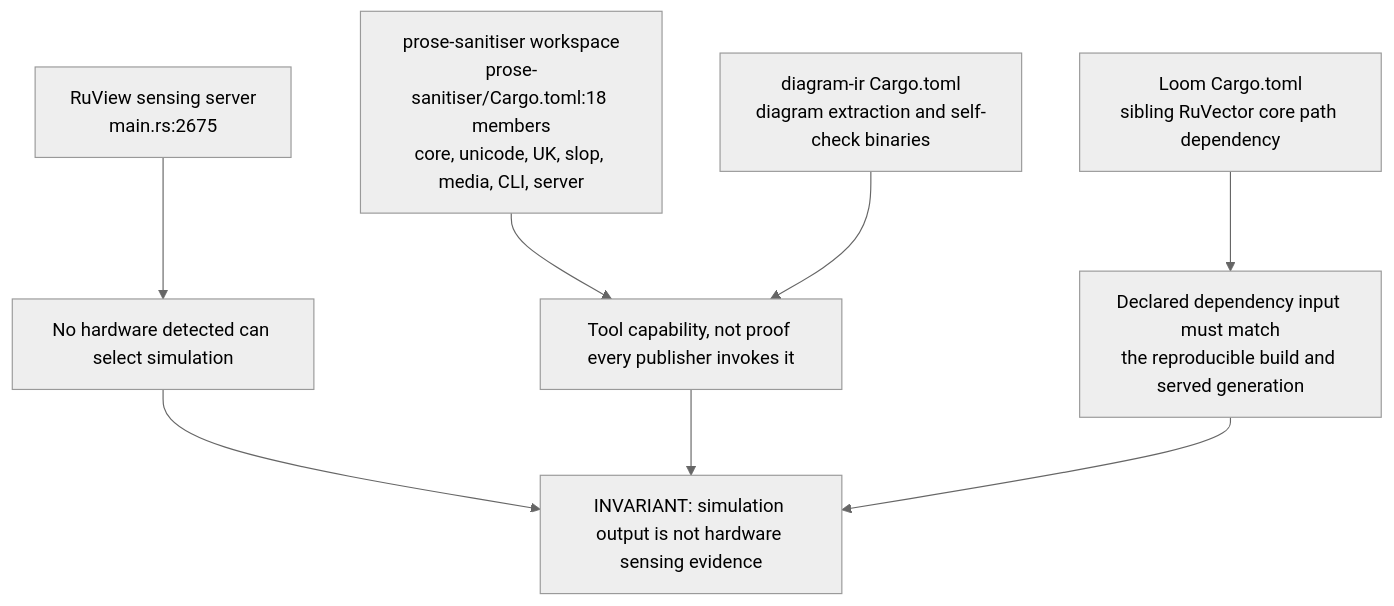
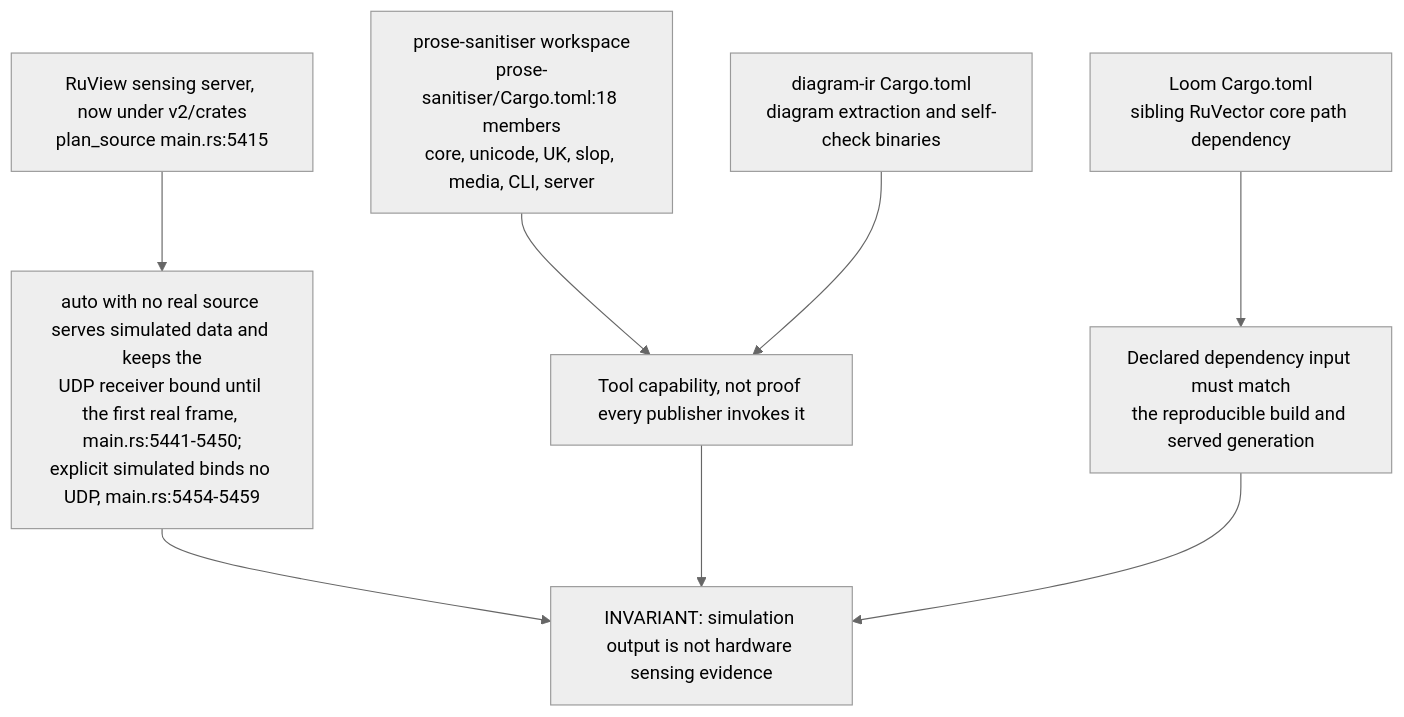
One commit to DreamLab-AI/VisionFlow changed the fourth of 5 diagrams in docs/diagrams/estate/90-evidence-and-supporting-repositories.md. Above: the diagram before and after it, drawn with Mermaid (neutral theme). The commit also changed other lines of this file and 160 other files, not shown here.

````diff
--- a/docs/diagrams/estate/90-evidence-and-supporting-repositories.md
+++ b/docs/diagrams/estate/90-evidence-and-supporting-repositories.md
@@ -91,10 +94,10 @@
 ```mermaid
 flowchart TB
     PS["prose-sanitiser workspace<br/>prose-sanitiser/Cargo.toml:18 members<br/>core, unicode, UK, slop, media, CLI, server"] --> PT["Tool capability, not proof every publisher invokes it"]
     DI["diagram-ir Cargo.toml<br/>diagram extraction and self-check binaries"] --> PT
     L["Loom Cargo.toml<br/>sibling RuVector core path dependency"] --> INPUT["Declared dependency input must match<br/>the reproducible build and served generation"]
-    RV["RuView sensing server<br/>main.rs:2675"] --> SIM["No hardware detected can select simulation"]
+    RV["RuView sensing server, now under v2/crates<br/>plan_source main.rs:5415"] --> SIM["auto with no real source serves simulated data and keeps the<br/>UDP receiver bound until the first real frame, main.rs:5441-5450;<br/>explicit simulated binds no UDP, main.rs:5454-5459"]
     SIM --> BOUND["INVARIANT: simulation output is not hardware sensing evidence"]
     PT --> BOUND
     INPUT --> BOUND
 ```
````
